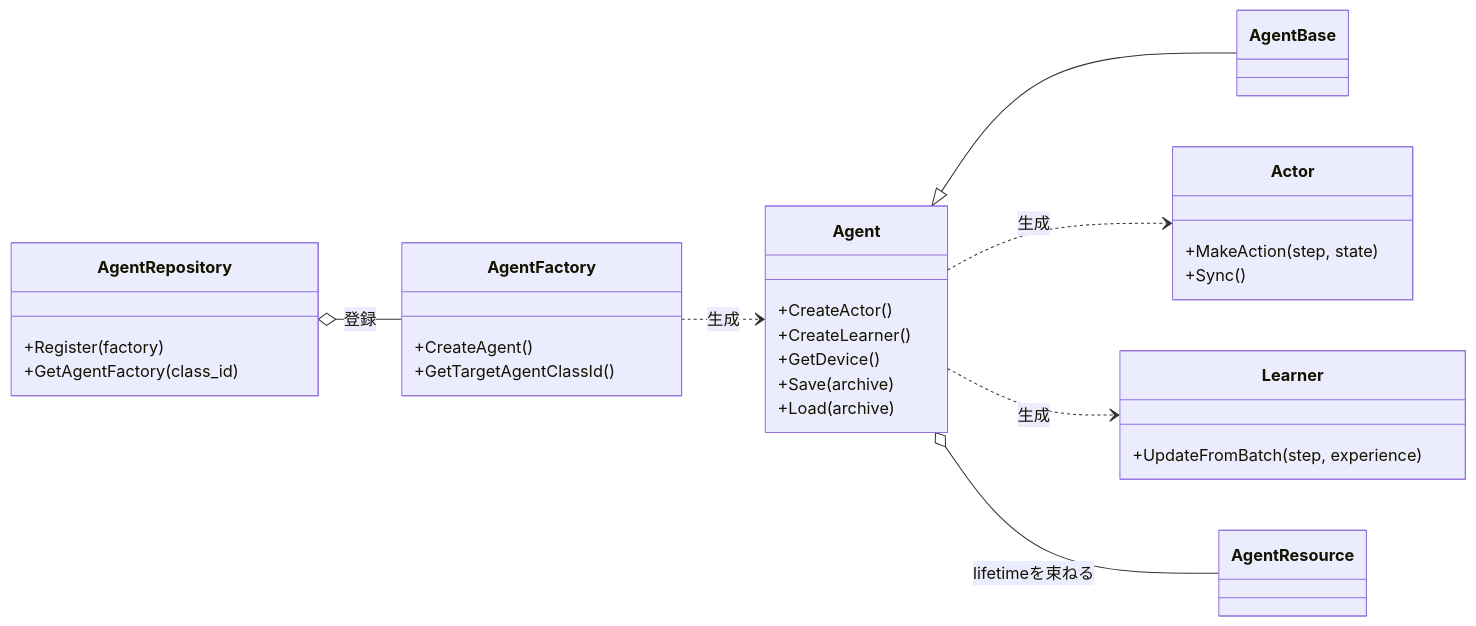
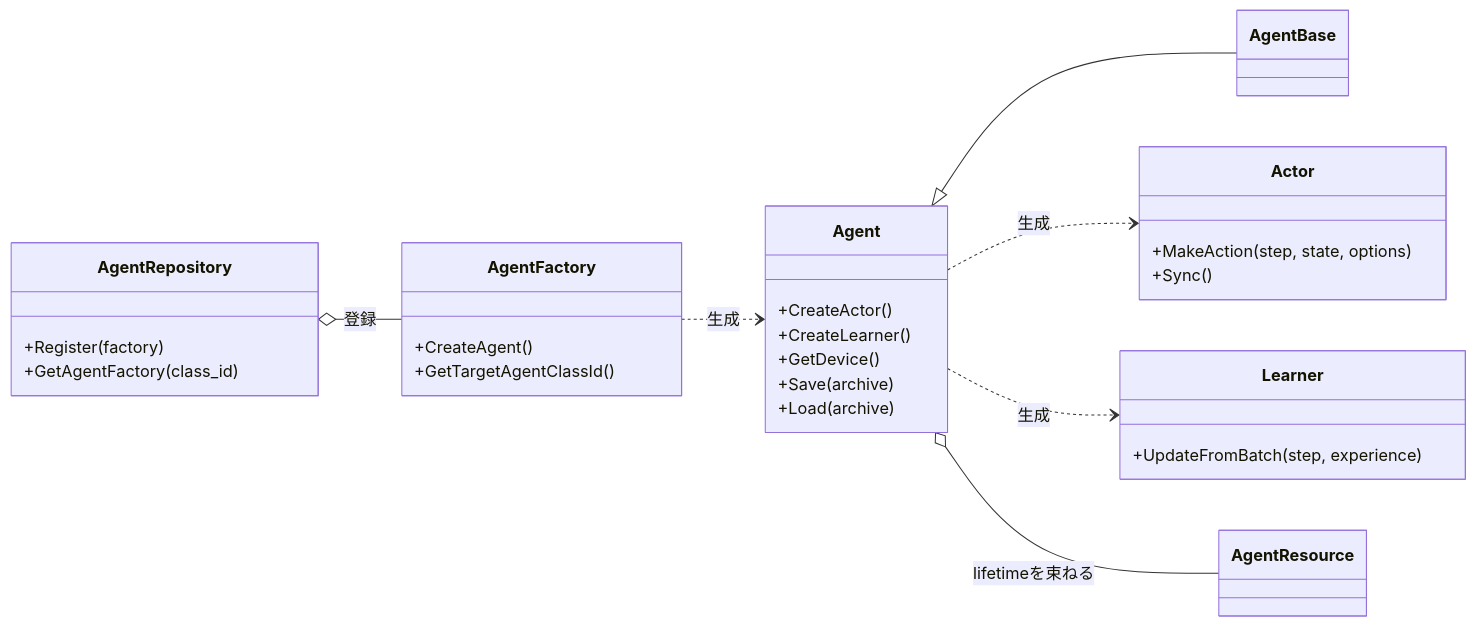
Before and after one commit to kazukin123/anet-lab: the first of 3 diagrams in docs/design/110_agents_and_learning.en.md, drawn with Mermaid. The commit also changed other lines of this file and 50 other files, not shown here.

````diff
--- a/docs/design/110_agents_and_learning.en.md
+++ b/docs/design/110_agents_and_learning.en.md
@@ -94,36 +95,36 @@
 ```mermaid
 classDiagram
 direction LR
 
 class AgentRepository {
   +Register(factory)
   +GetAgentFactory(class_id)
 }
 class AgentFactory {
   +CreateAgent()
   +GetTargetAgentClassId()
 }
 class Agent {
   +CreateActor()
   +CreateLearner()
   +GetDevice()
   +Save(archive)
   +Load(archive)
 }
 class AgentBase
 class Actor {
-  +MakeAction(step, state)
+  +MakeAction(step, state, options)
   +Sync()
 }
 class Learner {
   +UpdateFromBatch(step, experience)
 }
 class AgentResource
 
 AgentRepository o-- AgentFactory : 登録
 AgentFactory ..> Agent : 生成
 Agent <|-- AgentBase
 Agent ..> Actor : 生成
 Agent ..> Learner : 生成
 Agent o-- AgentResource : lifetimeを束ねる
 ```
````
